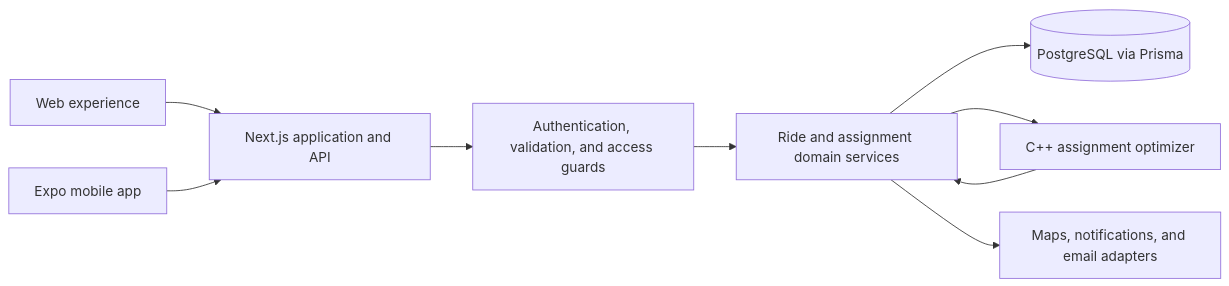
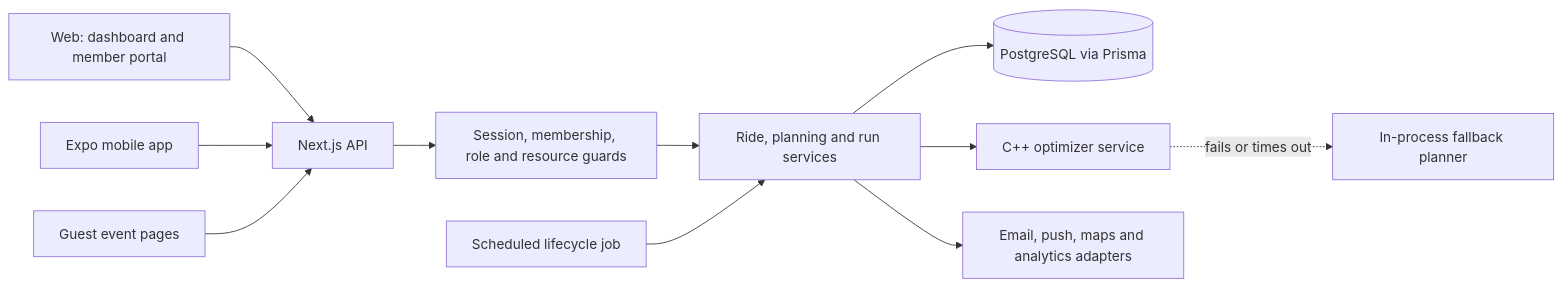
Before and after one commit to x8n-0/ridesmart-technical-case-study: the diagram in README.md, drawn with Mermaid. The commit also changed other lines of this file and 6 other files, not shown here.

````diff
--- a/README.md
+++ b/README.md
@@ -52,11 +45,13 @@
 ```mermaid
 flowchart LR
-    W[Web experience] --> A[Next.js application and API]
+    W[Web: dashboard and member portal] --> A[Next.js API]
     M[Expo mobile app] --> A
-    A --> G[Authentication, validation, and access guards]
-    G --> D[Ride and assignment domain services]
+    G[Guest event pages] --> A
+    A --> GU[Session, membership, role and resource guards]
+    GU --> D[Ride, planning and run services]
     D --> P[(PostgreSQL via Prisma)]
-    D --> O[C++ assignment optimizer]
-    O --> D
-    D --> X[Maps, notifications, and email adapters]
+    D --> O[C++ optimizer service]
+    O -. fails or times out .-> F[In-process fallback planner]
+    D --> X[Email, push, maps and analytics adapters]
+    C[Scheduled lifecycle job] --> D
 ```
````
